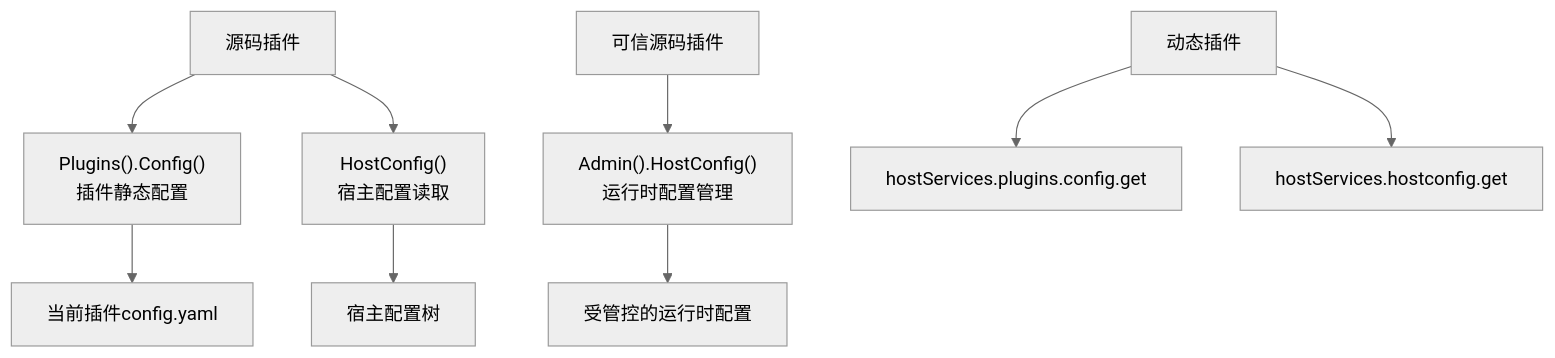
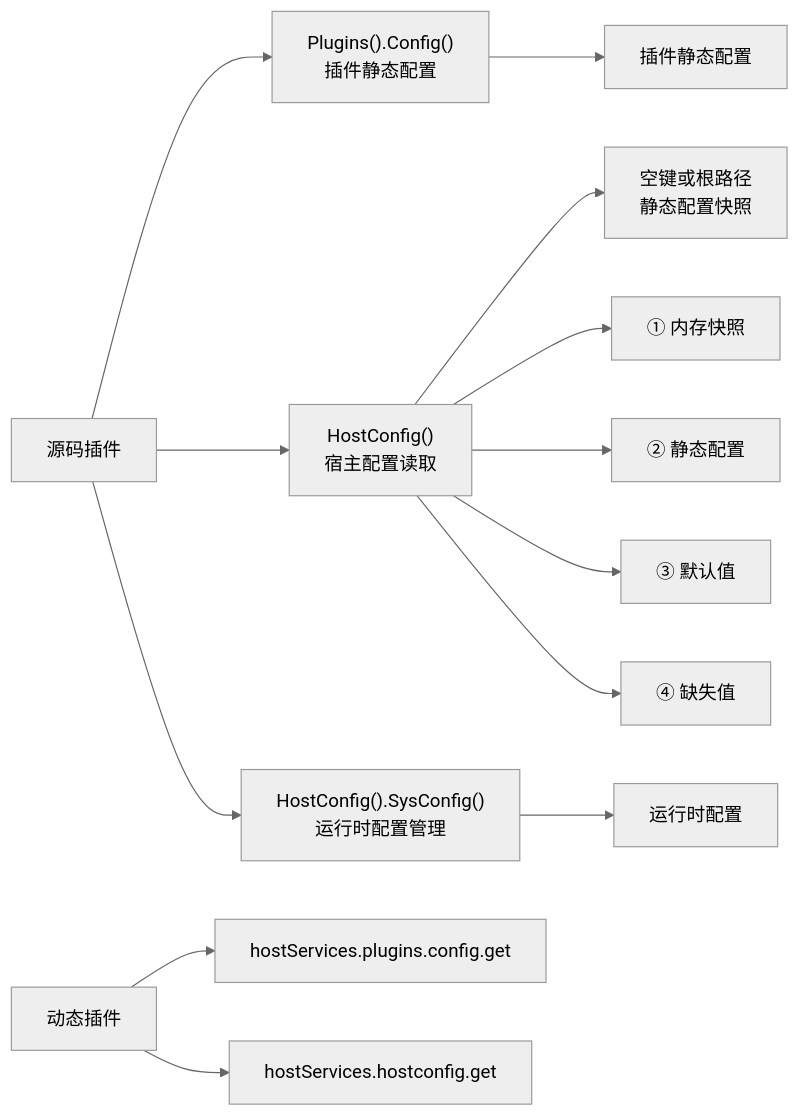
Before and after one commit to linaproai/linapro-site: the diagram in apps/lina-site/docs/docs/3000-domain-capabilities/7200-hostconfig.md, drawn with Mermaid (neutral theme). The commit also changed other lines of this file and 31 other files, not shown here.

````diff
--- a/apps/lina-site/docs/docs/3000-domain-capabilities/7200-hostconfig.md
+++ b/apps/lina-site/docs/docs/3000-domain-capabilities/7200-hostconfig.md
@@ -46,11 +46,15 @@
 ```mermaid
-graph TB
+graph LR
     Plugin["源码插件"] --> PluginsConfig["Plugins().Config()<br/>插件静态配置"]
     Plugin --> HostConfig["HostConfig()<br/>宿主配置读取"]
-    Trusted["可信源码插件"] --> AdminConfig["Admin().HostConfig()<br/>运行时配置管理"]
+    Plugin --> SysConfig["HostConfig().SysConfig()<br/>运行时配置管理"]
     Dynamic["动态插件"] --> ConfigGet["hostServices.plugins.config.get"]
     Dynamic --> HostConfigGet["hostServices.hostconfig.get"]
-    PluginsConfig --> PluginFile["当前插件config.yaml"]
-    HostConfig --> HostTree["宿主配置树"]
-    AdminConfig --> RuntimeConfig["受管控的运行时配置"]
+    PluginsConfig --> PluginFile["插件静态配置"]
+    HostConfig --> RootStatic["空键或根路径<br/>静态配置快照"]
+    HostConfig --> RuntimeSnap["① 内存快照"]
+    HostConfig --> StaticFile["② 静态配置"]
+    HostConfig --> HostDefaults["③ 默认值"]
+    HostConfig --> MissingNil["④ 缺失值"]
+    SysConfig --> RuntimeConfig["运行时配置"]
 ```
````
